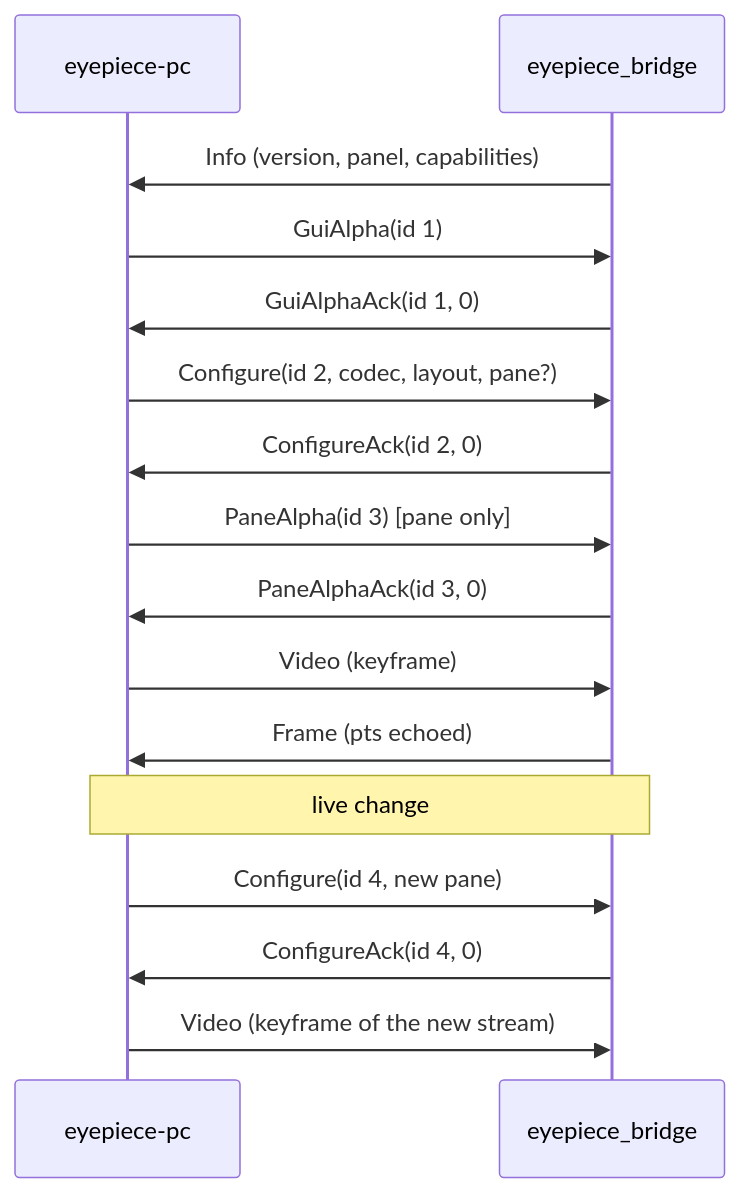
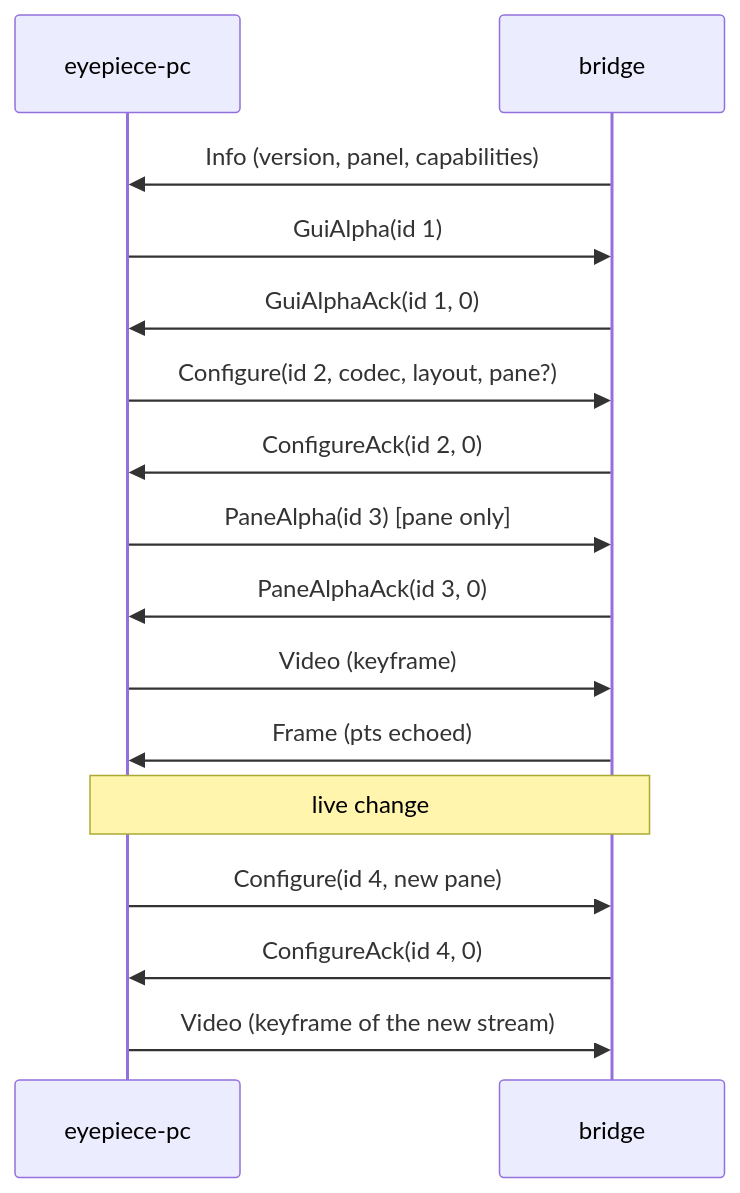
One commit to zuim/eyepiece-pc changed the second of 2 diagrams in docs/protocol/bridge.md. Above: the diagram before and after it, drawn with Mermaid. The commit also changed other lines of this file and 10 other files, not shown here.

````diff
--- a/docs/protocol/bridge.md
+++ b/docs/protocol/bridge.md
@@ -145,18 +145,18 @@
 ```mermaid
 sequenceDiagram
     participant PC as eyepiece-pc
-    participant B as eyepiece_bridge
+    participant B as bridge
     B->>PC: Info (version, panel, capabilities)
     PC->>B: GuiAlpha(id 1)
     B->>PC: GuiAlphaAck(id 1, 0)
     PC->>B: Configure(id 2, codec, layout, pane?)
     B->>PC: ConfigureAck(id 2, 0)
     PC->>B: PaneAlpha(id 3)  [pane only]
     B->>PC: PaneAlphaAck(id 3, 0)
     PC->>B: Video (keyframe)
     B->>PC: Frame (pts echoed)
     Note over PC,B: live change
     PC->>B: Configure(id 4, new pane)
     B->>PC: ConfigureAck(id 4, 0)
     PC->>B: Video (keyframe of the new stream)
 ```
````
